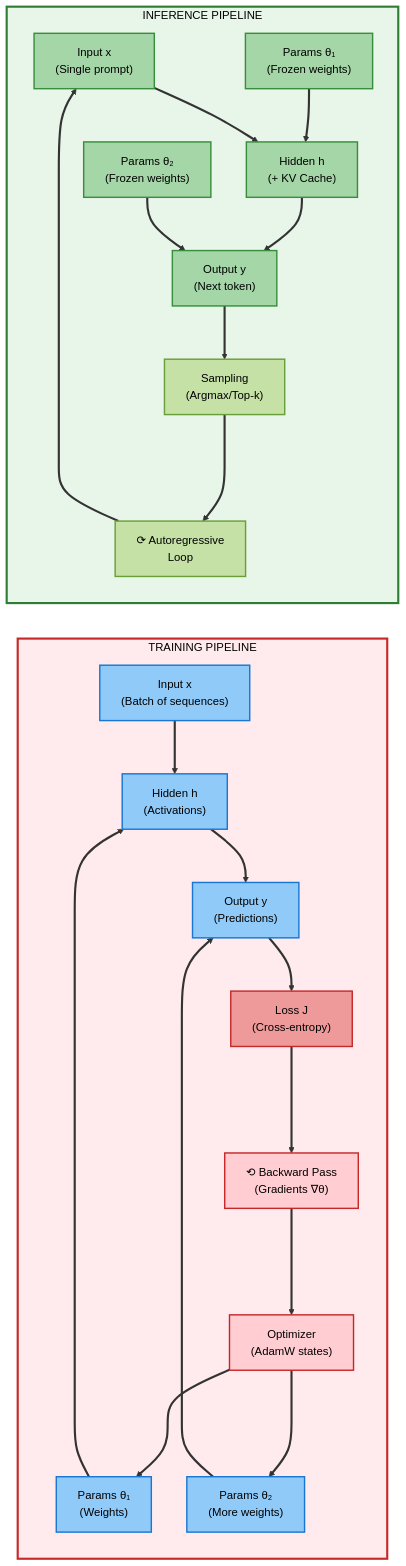
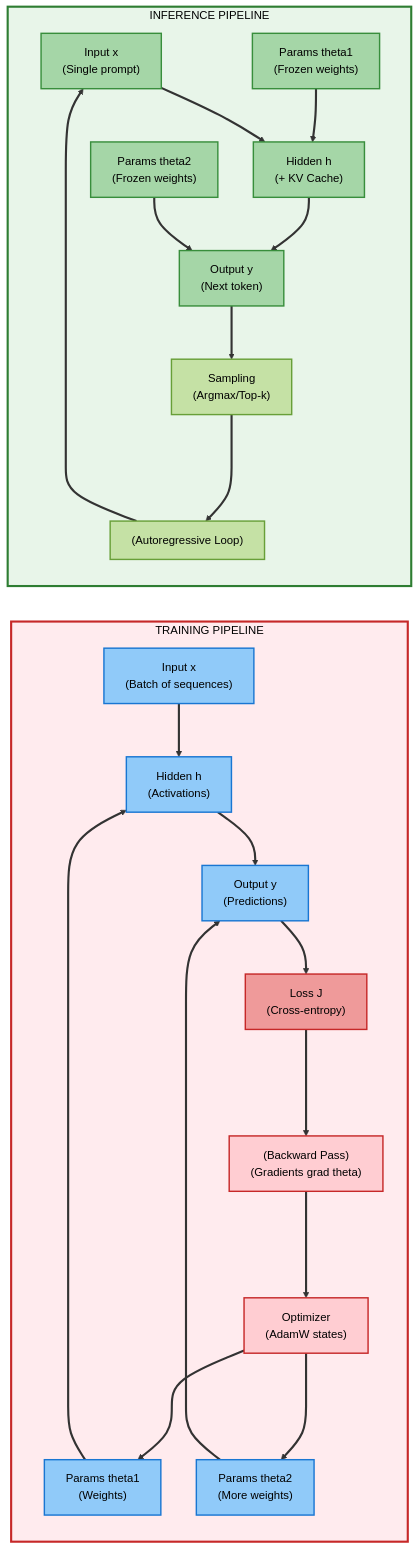
One commit to Shahriarin2garden/vllm_from_scratch changed the first of 2 diagrams in README.md. Above: the diagram before and after it, drawn with Mermaid. The commit also changed other lines of this file and 2 other files, not shown here.

````diff
--- a/README.md
+++ b/README.md
@@ -23,63 +23,63 @@
 ```mermaid
 flowchart LR
     subgraph TRAINING [" TRAINING PIPELINE "]
         direction TB
         T_INPUT["Input x<br/>(Batch of sequences)"]
-        T_PARAMS1["Params θ₁<br/>(Weights)"]
+        T_PARAMS1["Params theta1<br/>(Weights)"]
         T_HIDDEN["Hidden h<br/>(Activations)"]
-        T_PARAMS2["Params θ₂<br/>(More weights)"]
+        T_PARAMS2["Params theta2<br/>(More weights)"]
         T_OUTPUT["Output y<br/>(Predictions)"]
         T_LOSS["Loss J<br/>(Cross-entropy)"]
-        T_BACKWARD["⟲ Backward Pass<br/>(Gradients ∇θ)"]
+        T_BACKWARD["(Backward Pass)<br/>(Gradients grad theta)"]
         T_OPTIMIZER["Optimizer<br/>(AdamW states)"]
         
         T_INPUT ==> T_HIDDEN
         T_PARAMS1 ==> T_HIDDEN
         T_HIDDEN ==> T_OUTPUT
         T_PARAMS2 ==> T_OUTPUT
         T_OUTPUT ==> T_LOSS
         T_LOSS ===> T_BACKWARD
         T_BACKWARD ===> T_OPTIMIZER
         T_OPTIMIZER ===> T_PARAMS1
         T_OPTIMIZER ===> T_PARAMS2
     end
 
     subgraph INFERENCE [" INFERENCE PIPELINE "]
         direction TB
         I_INPUT["Input x<br/>(Single prompt)"]
-        I_PARAMS1["Params θ₁<br/>(Frozen weights)"]
+        I_PARAMS1["Params theta1<br/>(Frozen weights)"]
         I_HIDDEN["Hidden h<br/>(+ KV Cache)"]
-        I_PARAMS2["Params θ₂<br/>(Frozen weights)"]
+        I_PARAMS2["Params theta2<br/>(Frozen weights)"]
         I_OUTPUT["Output y<br/>(Next token)"]
         I_SAMPLE["Sampling<br/>(Argmax/Top-k)"]
-        I_LOOP["⟳ Autoregressive<br/>Loop"]
+        I_LOOP["(Autoregressive Loop)"]
         
         I_INPUT ==> I_HIDDEN
         I_PARAMS1 ==> I_HIDDEN
         I_HIDDEN ==> I_OUTPUT
         I_PARAMS2 ==> I_OUTPUT
         I_OUTPUT ==> I_SAMPLE
         I_SAMPLE ===> I_LOOP
         I_LOOP ===> I_INPUT
     end
 
     linkStyle default stroke:#333,stroke-width:3px
     
     style TRAINING fill:#ffebee,stroke:#c62828,stroke-width:3px,color:#000
     style INFERENCE fill:#e8f5e9,stroke:#2e7d32,stroke-width:3px,color:#000
     style T_INPUT fill:#90caf9,stroke:#1976d2,stroke-width:2px,color:#000
     style T_PARAMS1 fill:#90caf9,stroke:#1976d2,stroke-width:2px,color:#000
     style T_HIDDEN fill:#90caf9,stroke:#1976d2,stroke-width:2px,color:#000
     style T_PARAMS2 fill:#90caf9,stroke:#1976d2,stroke-width:2px,color:#000
     style T_OUTPUT fill:#90caf9,stroke:#1976d2,stroke-width:2px,color:#000
     style T_LOSS fill:#ef9a9a,stroke:#c62828,stroke-width:2px,color:#000
     style T_BACKWARD fill:#ffcdd2,stroke:#c62828,stroke-width:2px,color:#000
     style T_OPTIMIZER fill:#ffcdd2,stroke:#c62828,stroke-width:2px,color:#000
     style I_INPUT fill:#a5d6a7,stroke:#388e3c,stroke-width:2px,color:#000
     style I_PARAMS1 fill:#a5d6a7,stroke:#388e3c,stroke-width:2px,color:#000
     style I_HIDDEN fill:#a5d6a7,stroke:#388e3c,stroke-width:2px,color:#000
     style I_PARAMS2 fill:#a5d6a7,stroke:#388e3c,stroke-width:2px,color:#000
     style I_OUTPUT fill:#a5d6a7,stroke:#388e3c,stroke-width:2px,color:#000
     style I_SAMPLE fill:#c5e1a5,stroke:#689f38,stroke-width:2px,color:#000
     style I_LOOP fill:#c5e1a5,stroke:#689f38,stroke-width:2px,color:#000
 ```
````
